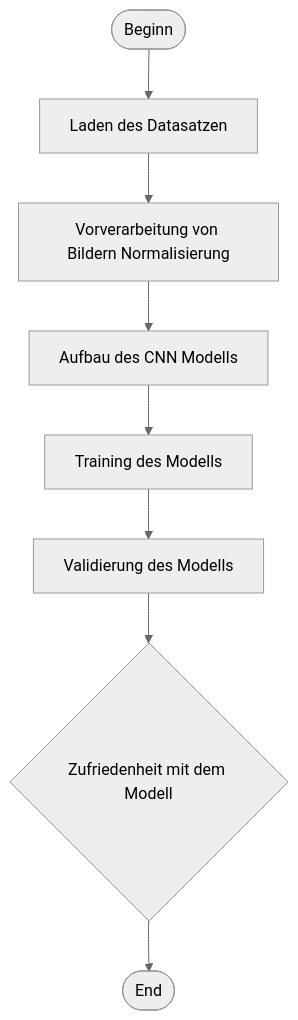
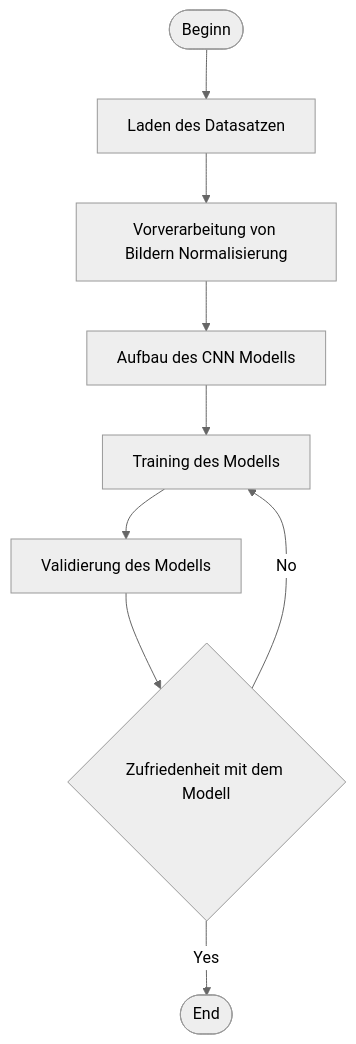
One commit to ayushdash102007/Erkennung-von-Oeberflachenfehlern-auf-Metall changed the diagram in README.md. Above: the diagram before and after it, drawn with Mermaid (neutral theme).

Commit message:
Aktuelisierung des README.md

````diff
--- a/README.md
+++ b/README.md
@@ -9,10 +9,11 @@
 ```mermaid
 flowchart TD
     A([Beginn]) --> B[Laden des Datasatzen]
     B --> C[Vorverarbeitung von Bildern Normalisierung]
     C --> D[Aufbau des CNN Modells]
     D --> E[Training des Modells]
     E --> F[Validierung des Modells]
     F --> G{Zufriedenheit mit dem Modell}
-    G --> H([End])
+    G -- No --> E
+    G -- Yes --> H([End])
 ```
````
